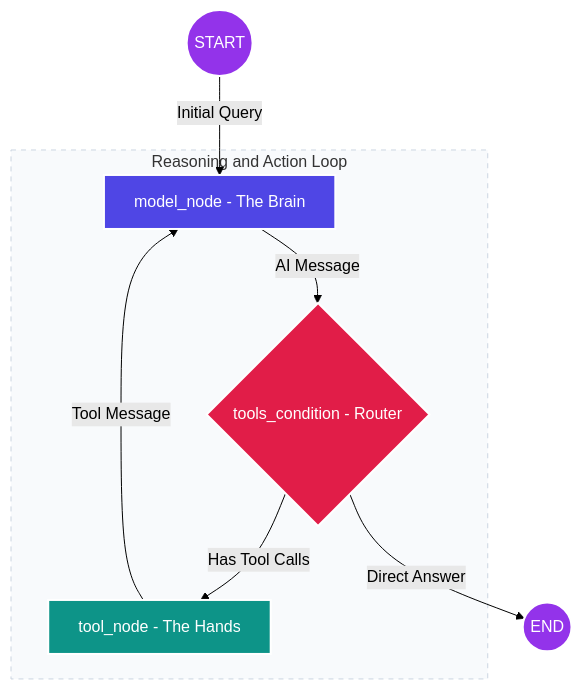
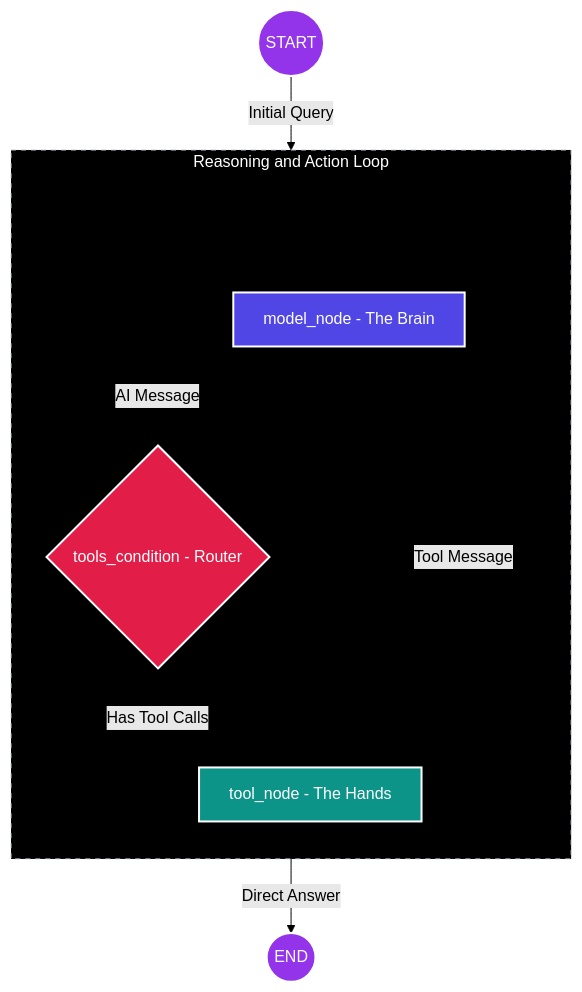
Before and after one commit to anupriyomandal/learning_langgraph: the diagram in wiki/md/l7_ReAct_agent_pfd.md, drawn with Mermaid (forest theme).

Commit message:
Lesson 7: Stretch Mermaid subgraph for better spacing

````diff
--- a/wiki/md/l7_ReAct_agent_pfd.md
+++ b/wiki/md/l7_ReAct_agent_pfd.md
@@ -7,36 +7,47 @@
 ```mermaid
 graph TD
     %% Node Definitions
     START((START))
     END((END))
     MN[model_node - The Brain]
     TN[tool_node - The Hands]
     ROUTER{tools_condition - Router}
+    
+    %% Spacer Nodes for Padding
+    L_SPACER[ ]
+    R_SPACER[ ]
 
     %% Flow and Labels
     START -- "Initial Query" --> MN
     
     MN -- "AI Message" --> ROUTER
     
     ROUTER -- "Has Tool Calls" --> TN
     ROUTER -- "Direct Answer" --> END
     
     TN -- "Tool Message" --> MN
 
     %% Styling
     subgraph Reasoning_Action_Loop [Reasoning and Action Loop]
+        direction TB
+        L_SPACER ~~~ MN
+        MN ~~~ R_SPACER
         MN
         ROUTER
         TN
     end
 
     %% Color Palette
     style START fill:#9333ea,stroke:#fff,stroke-width:2px,color:#fff
     style END fill:#9333ea,stroke:#fff,stroke-width:2px,color:#fff
     style MN fill:#4f46e5,stroke:#fff,stroke-width:2px,color:#fff
     style TN fill:#0d9488,stroke:#fff,stroke-width:2px,color:#fff
     style ROUTER fill:#e11d48,stroke:#fff,stroke-width:2px,color:#fff
     
+    %% Spacer Styling (Invisible)
+    style L_SPACER fill:none,stroke:none
+    style R_SPACER fill:none,stroke:none
+
     %% Subgraph Styling
-    style Reasoning_Action_Loop fill:#f8fafc,stroke:#cbd5e1,stroke-dasharray: 5 5
+    style Reasoning_Action_Loop fill:#000,stroke:#cbd5e1,stroke-dasharray: 5 5,color:#fff
 ```
````
